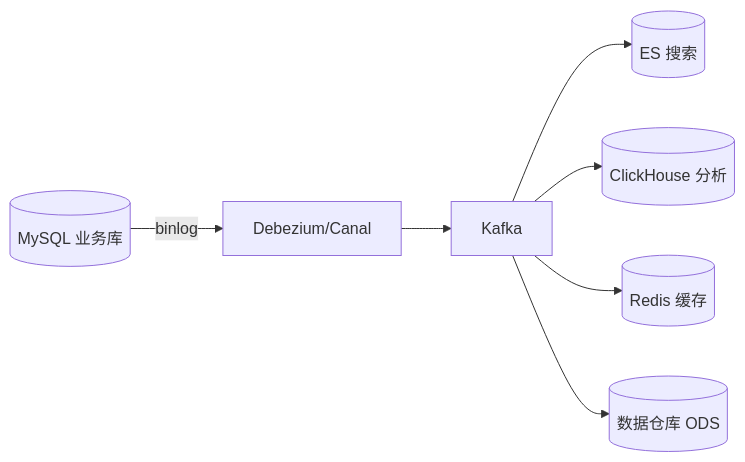
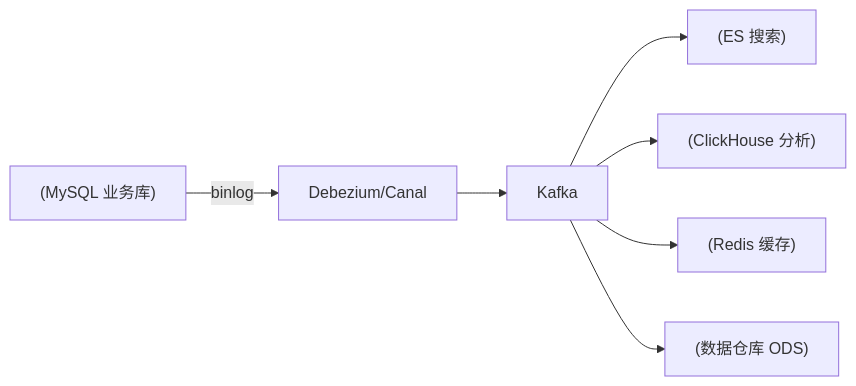
The second of 3 diagrams in 30-data-api-design.md (regding/java-interview-prep), drawn with Mermaid before and after one commit. The commit also changed other lines of this file and 4 other files, not shown here.

First line of the commit message:
fix: Ch27-31 mermaid 中文节点标签加引号

````diff
--- a/30-data-api-design.md
+++ b/30-data-api-design.md
@@ -115,9 +115,9 @@
 ```mermaid
 flowchart LR
-    A[(MySQL 业务库)] -->|binlog| B[Debezium/Canal]
+    A["(MySQL 业务库)"] -->|binlog| B[Debezium/Canal]
     B --> C[Kafka]
-    C --> D[(ES 搜索)]
-    C --> E[(ClickHouse 分析)]
-    C --> F[(Redis 缓存)]
-    C --> G[(数据仓库 ODS)]
+    C --> D["(ES 搜索)"]
+    C --> E["(ClickHouse 分析)"]
+    C --> F["(Redis 缓存)"]
+    C --> G["(数据仓库 ODS)"]
 ```
````
